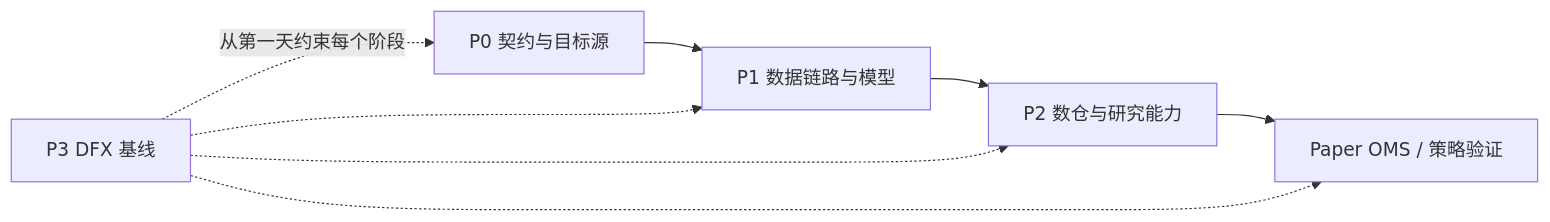
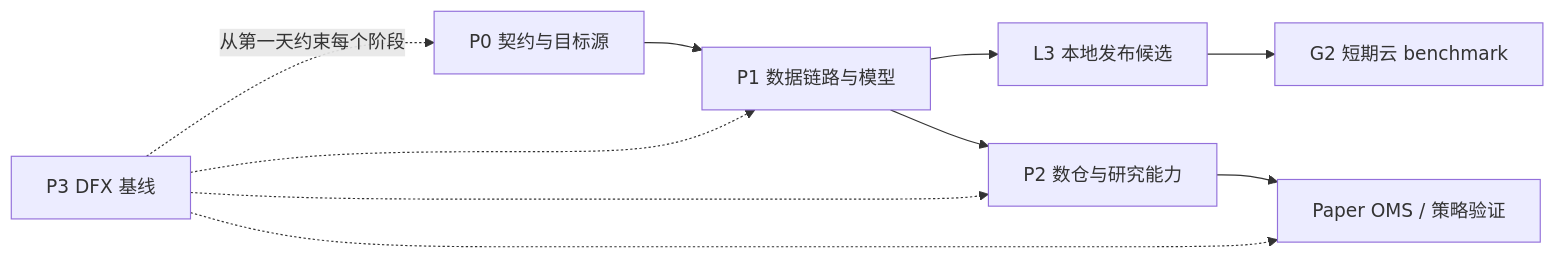
Before and after one commit to clt123321/event-contract-lab: the diagram in docs/requirements/IMPLEMENTATION_ROADMAP.md, drawn with Mermaid. The commit also changed other lines of this file and 20 other files, not shown here.

````diff
--- a/docs/requirements/IMPLEMENTATION_ROADMAP.md
+++ b/docs/requirements/IMPLEMENTATION_ROADMAP.md
@@ -10,10 +10,12 @@
 ```mermaid
 flowchart LR
     P0["P0 契约与目标源"] --> P1["P1 数据链路与模型"]
+    P1 --> L3["L3 本地发布候选"]
+    L3 --> G2["G2 短期云 benchmark"]
     P1 --> P2["P2 数仓与研究能力"]
     P2 --> P4["Paper OMS / 策略验证"]
     P3["P3 DFX 基线"] -. "从第一天约束每个阶段" .-> P0
     P3 -.-> P1
     P3 -.-> P2
     P3 -.-> P4
 ```
````
